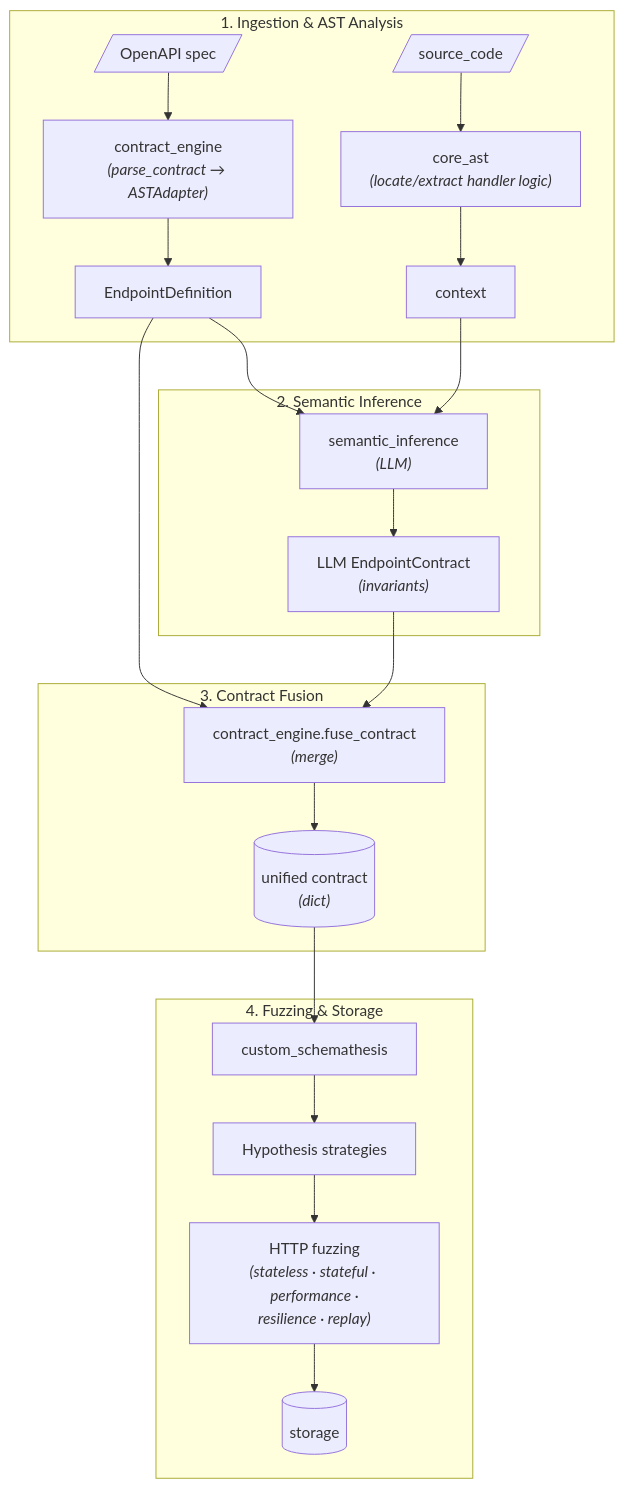
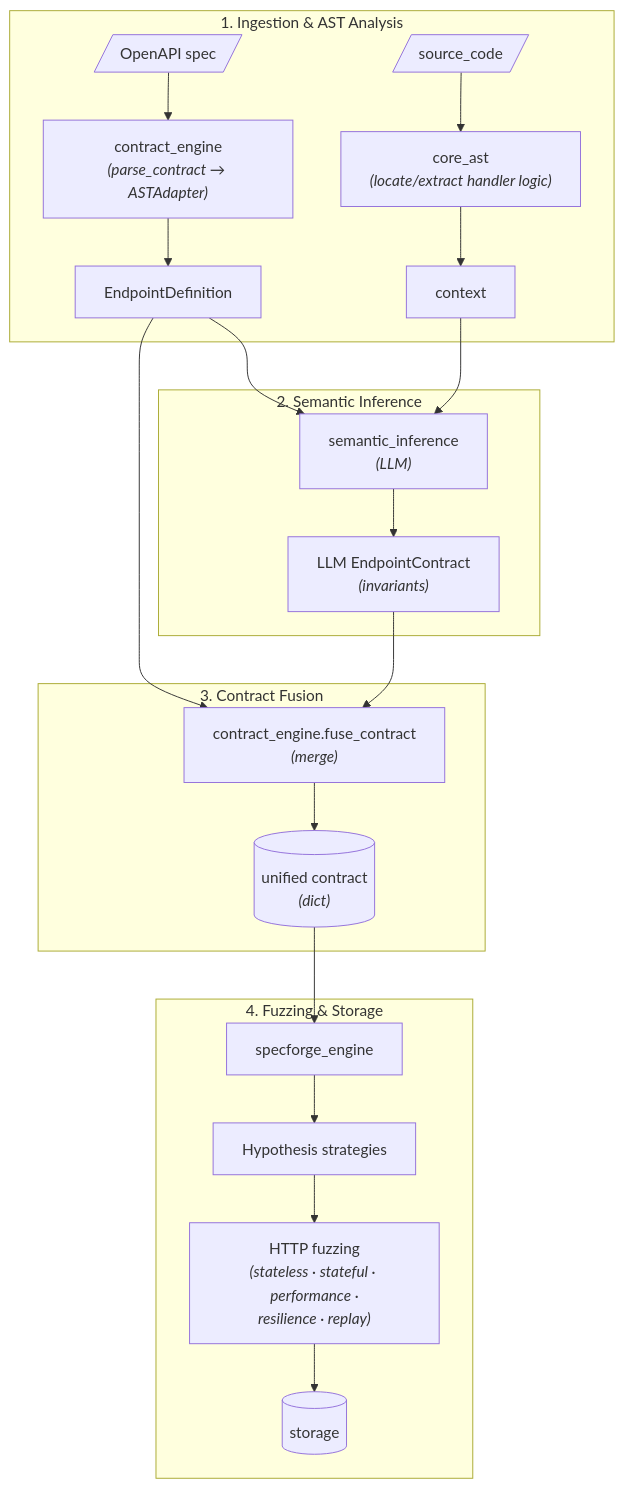
The diagram in docs/architecture/overview.md (Spec-Forge-Testing/specforge-docs), drawn with Mermaid before and after one commit. The commit also changed other lines of this file and 26 other files, not shown here.

Commit message:
docs(engine): the engine section is specforge-engine and ADR-063 records the rename

````diff
--- a/docs/architecture/overview.md
+++ b/docs/architecture/overview.md
@@ -19,29 +19,29 @@
 ```mermaid
 flowchart TD
     subgraph Ingestion ["1. Ingestion & AST Analysis"]
         O[/OpenAPI spec/] --> CE["contract_engine<br/><i>(parse_contract → ASTAdapter)</i>"]
         CE --> ED["EndpointDefinition"]
         
         S[/source_code/] --> CA["core_ast<br/><i>(locate/extract handler logic)</i>"]
         CA --> CTX["context"]
     end
 
     subgraph Inference ["2. Semantic Inference"]
         ED --> SI["semantic_inference<br/><i>(LLM)</i>"]
         CTX --> SI
         SI --> EC["LLM EndpointContract<br/><i>(invariants)</i>"]
     end
 
     subgraph Fusion ["3. Contract Fusion"]
         ED --> FC["contract_engine.fuse_contract<br/><i>(merge)</i>"]
         EC --> FC
         FC --> UC[("unified contract<br/><i>(dict)</i>")]
     end
 
     subgraph Execution ["4. Fuzzing & Storage"]
-        UC --> CS["custom_schemathesis"]
+        UC --> CS["specforge_engine"]
         CS --> HS["Hypothesis strategies"]
         HS --> HF["HTTP fuzzing<br/><i>(stateless · stateful · performance ·<br/>resilience · replay)</i>"]
         HF --> ST[(storage)]
     end
 ```
````
